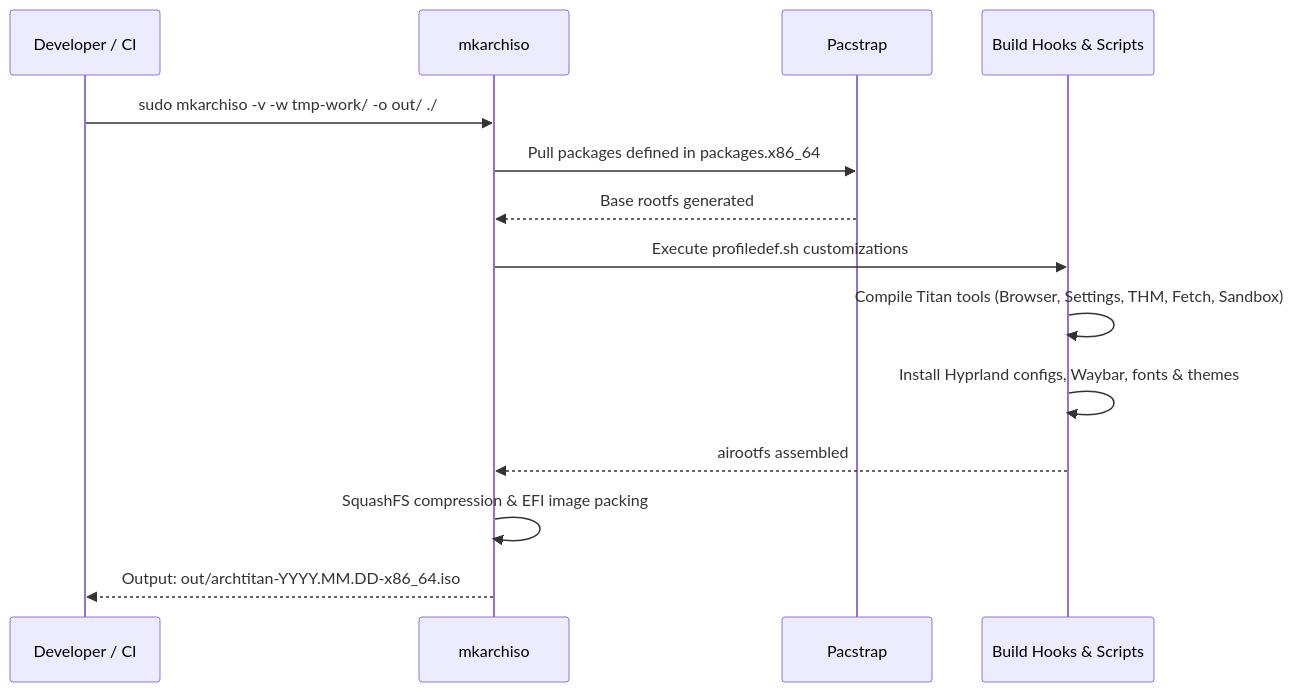
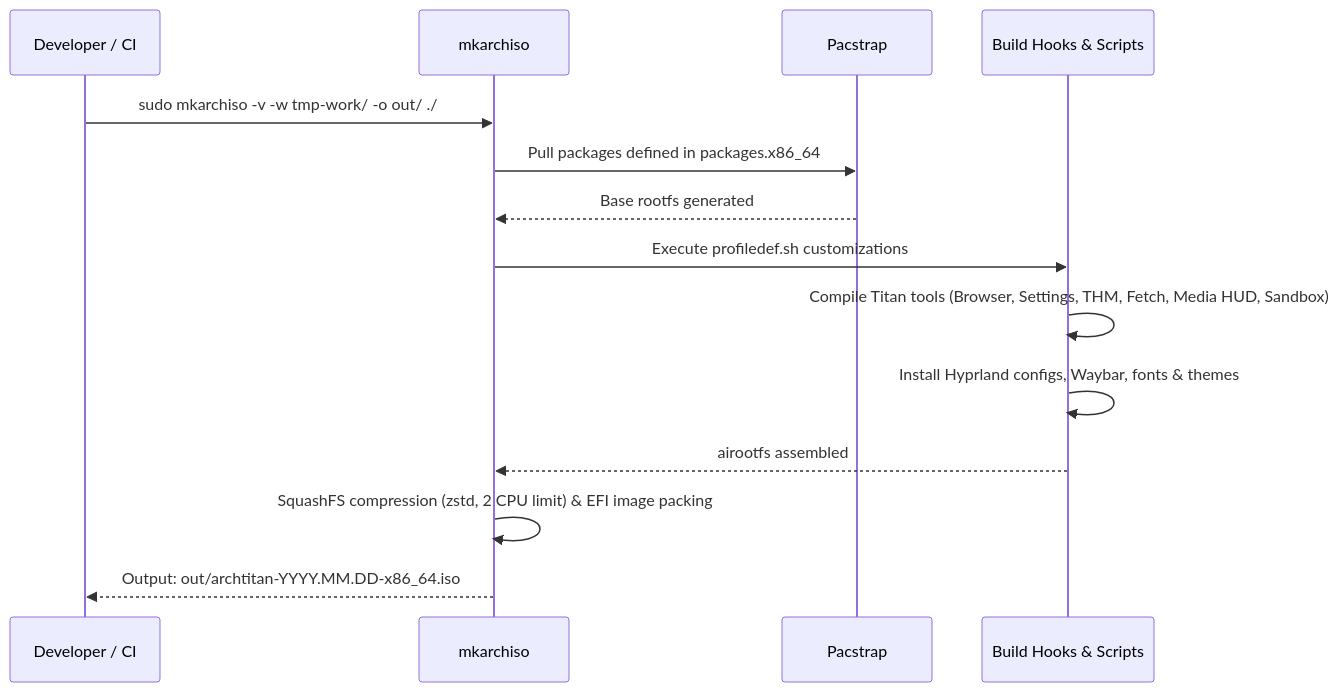
The third of 3 diagrams in README.md (GitGuru29/archtitan-os), drawn with Mermaid before and after one commit. The commit also changed other lines of this file, not shown here.

````diff
--- a/README.md
+++ b/README.md
@@ -184,17 +192,17 @@
 ```mermaid
 sequenceDiagram
     participant U as Developer / CI
     participant M as mkarchiso
     participant P as Pacstrap
     participant C as Build Hooks & Scripts
 
     U->>M: sudo mkarchiso -v -w tmp-work/ -o out/ ./
     M->>P: Pull packages defined in packages.x86_64
     P-->>M: Base rootfs generated
     M->>C: Execute profiledef.sh customizations
-    C->>C: Compile Titan tools (Browser, Settings, THM, Fetch, Sandbox)
+    C->>C: Compile Titan tools (Browser, Settings, THM, Fetch, Media HUD, Sandbox)
     C->>C: Install Hyprland configs, Waybar, fonts & themes
     C-->>M: airootfs assembled
-    M->>M: SquashFS compression & EFI image packing
+    M->>M: SquashFS compression (zstd, 2 CPU limit) & EFI image packing
     M-->>U: Output: out/archtitan-YYYY.MM.DD-x86_64.iso
 ```
````
